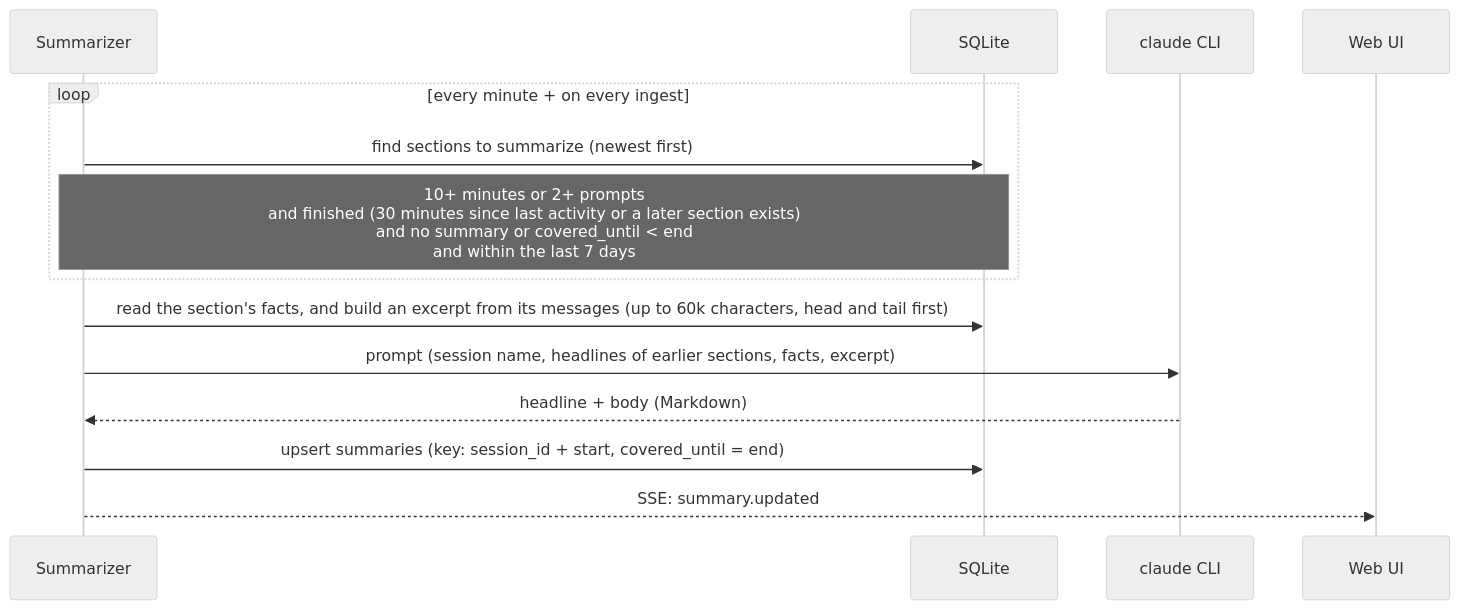
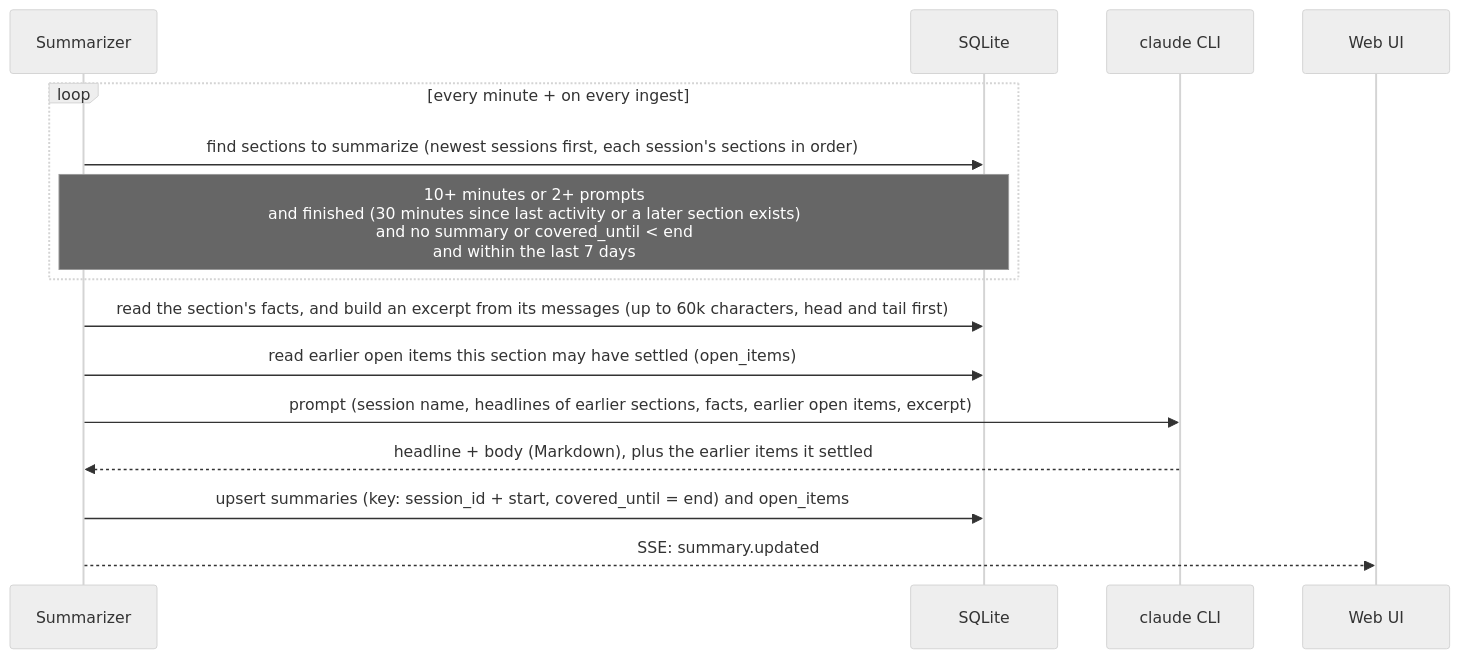
One commit to atsuki-shirasawa/kairos changed the third of 3 diagrams in ARCHITECTURE.md. Above: the diagram before and after it, drawn with Mermaid (neutral theme). The commit also changed other lines of this file and 16 other files, not shown here.

First line of the commit message:
feat: carry open items across sections and sessions

````diff
--- a/ARCHITECTURE.md
+++ b/ARCHITECTURE.md
@@ -119,17 +119,18 @@
 ```mermaid
 sequenceDiagram
     participant S as Summarizer
     participant DB as SQLite
     participant C as claude CLI
     participant UI as Web UI
 
     loop every minute + on every ingest
-        S->>DB: find sections to summarize (newest first)
+        S->>DB: find sections to summarize (newest sessions first, each session's sections in order)
         Note over S,DB: 10+ minutes or 2+ prompts<br/>and finished (30 minutes since last activity or a later section exists)<br/>and no summary or covered_until < end<br/>and within the last 7 days
     end
     S->>DB: read the section's facts, and build an excerpt from its messages (up to 60k characters, head and tail first)
-    S->>C: prompt (session name, headlines of earlier sections, facts, excerpt)
-    C-->>S: headline + body (Markdown)
-    S->>DB: upsert summaries (key: session_id + start, covered_until = end)
+    S->>DB: read earlier open items this section may have settled (open_items)
+    S->>C: prompt (session name, headlines of earlier sections, facts, earlier open items, excerpt)
+    C-->>S: headline + body (Markdown), plus the earlier items it settled
+    S->>DB: upsert summaries (key: session_id + start, covered_until = end) and open_items
     S-->>UI: SSE: summary.updated
 ```
````
